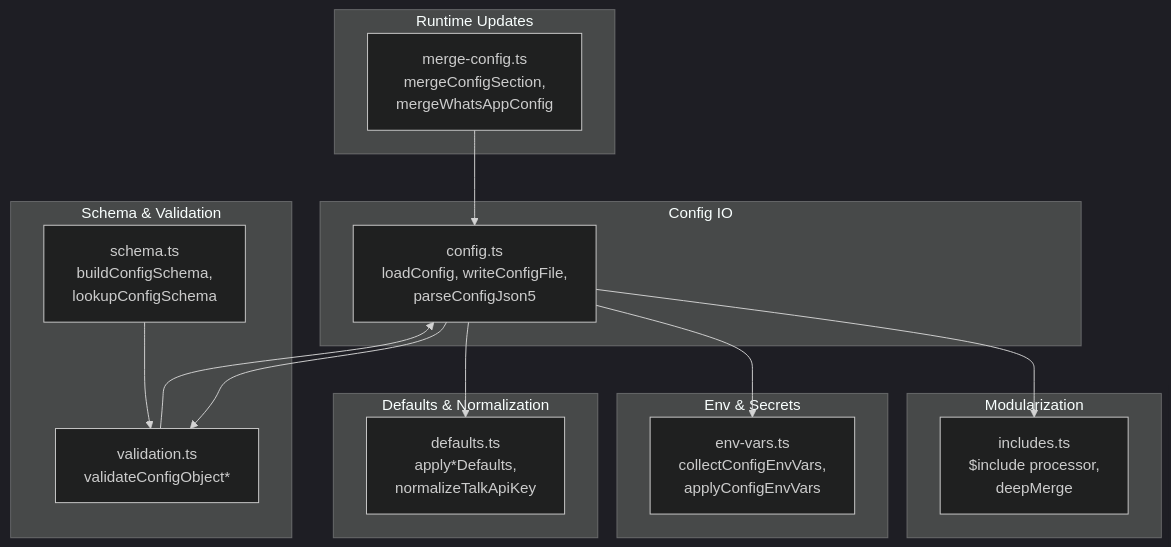
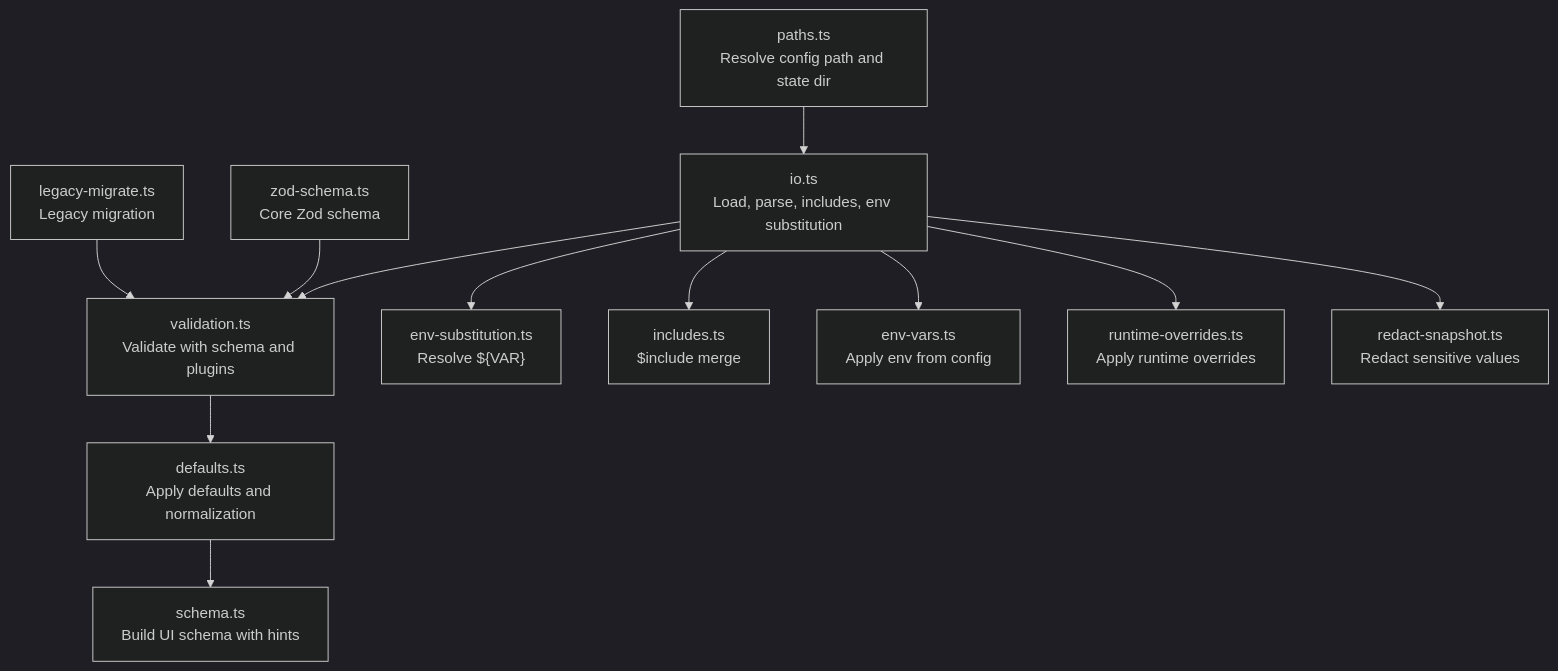
Before and after one commit to botx-work/OpenClaw-Internals: the first of 3 diagrams in repowiki/en/content/Configuration Management/Configuration Management.md, drawn with Mermaid (dark theme). The commit also changed other lines of this file and 332 other files, not shown here.

````diff
--- a/repowiki/en/content/Configuration Management/Configuration Management.md
+++ b/repowiki/en/content/Configuration Management/Configuration Management.md
@@ -41,29 +48,14 @@
 ```mermaid
 graph TB
-subgraph "Config IO"
-A["config.ts<br/>loadConfig, writeConfigFile,<br/>parseConfigJson5"]
-end
-subgraph "Schema & Validation"
-B["schema.ts<br/>buildConfigSchema,<br/>lookupConfigSchema"]
-C["validation.ts<br/>validateConfigObject*"]
-end
-subgraph "Env & Secrets"
-D["env-vars.ts<br/>collectConfigEnvVars,<br/>applyConfigEnvVars"]
-end
-subgraph "Modularization"
-E["includes.ts<br/>$include processor,<br/>deepMerge"]
-end
-subgraph "Defaults & Normalization"
-F["defaults.ts<br/>apply*Defaults,<br/>normalizeTalkApiKey"]
-end
-subgraph "Runtime Updates"
-G["merge-config.ts<br/>mergeConfigSection,<br/>mergeWhatsAppConfig"]
-end
-A --> E
-A --> D
-A --> F
-A --> C
-B --> C
-C --> A
-G --> A
+A["paths.ts<br/>Resolve config path and state dir"] --> B["io.ts<br/>Load, parse, includes, env substitution"]
+B --> C["validation.ts<br/>Validate with schema and plugins"]
+C --> D["defaults.ts<br/>Apply defaults and normalization"]
+D --> E["schema.ts<br/>Build UI schema with hints"]
+B --> F["env-substitution.ts<br/>Resolve ${VAR}"]
+B --> G["includes.ts<br/>$include merge"]
+B --> H["env-vars.ts<br/>Apply env from config"]
+B --> I["runtime-overrides.ts<br/>Apply runtime overrides"]
+B --> J["redact-snapshot.ts<br/>Redact sensitive values"]
+K["zod-schema.ts<br/>Core Zod schema"] --> C
+L["legacy-migrate.ts<br/>Legacy migration"] --> C
 ```
````
